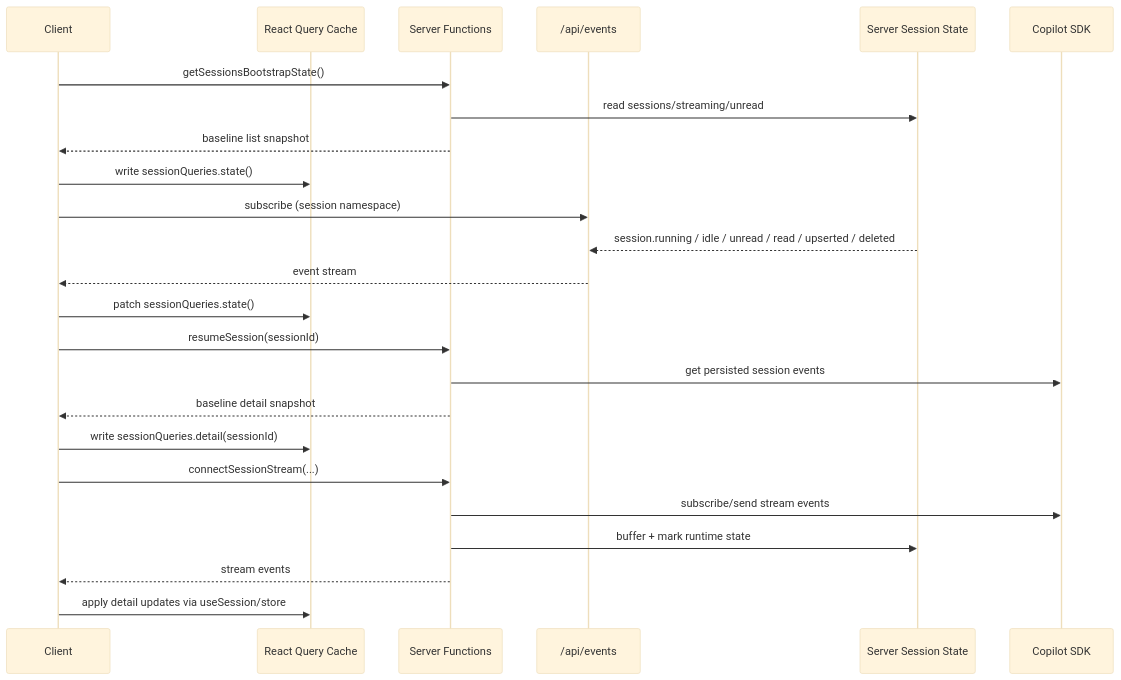
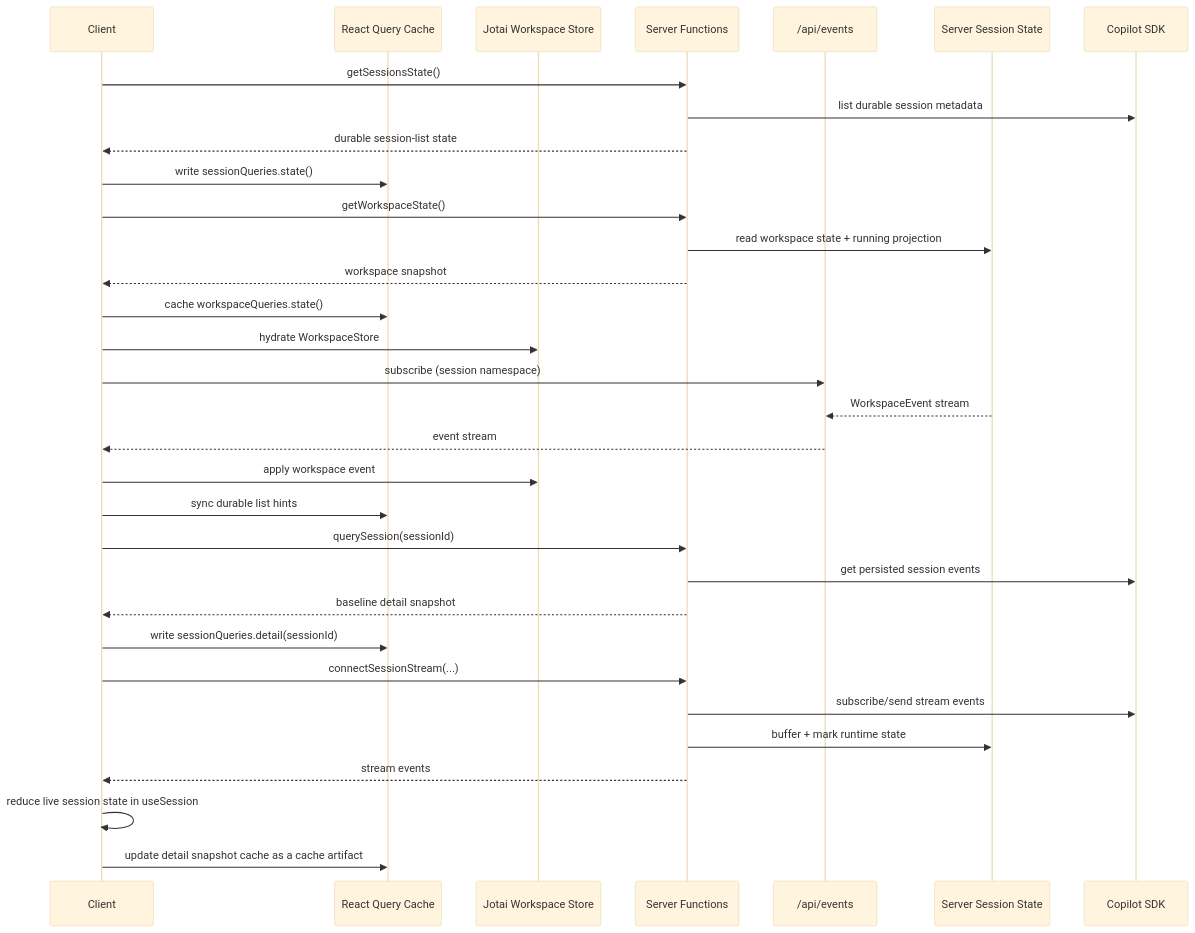
One commit to lostintangent/toy-box changed the third of 3 diagrams in docs/design.md. Above: the diagram before and after it, drawn with Mermaid (base theme). The commit also changed other lines of this file and 209 other files, not shown here.

````diff
--- a/docs/design.md
+++ b/docs/design.md
@@ -277,30 +295,39 @@
 ```mermaid
 sequenceDiagram
     participant C as Client
     participant RQ as React Query Cache
+    participant JA as Jotai Workspace Store
     participant SF as Server Functions
     participant SSE as /api/events
     participant ST as Server Session State
     participant SDK as Copilot SDK
 
-    C->>SF: getSessionsBootstrapState()
-    SF->>ST: read sessions/streaming/unread
-    SF-->>C: baseline list snapshot
+    C->>SF: getSessionsState()
+    SF->>SDK: list durable session metadata
+    SF-->>C: durable session-list state
     C->>RQ: write sessionQueries.state()
 
+    C->>SF: getWorkspaceState()
+    SF->>ST: read workspace state + running projection
+    SF-->>C: workspace snapshot
+    C->>RQ: cache workspaceQueries.state()
+    C->>JA: hydrate WorkspaceStore
+
     C->>SSE: subscribe (session namespace)
-    ST-->>SSE: session.running / idle / unread / read / upserted / deleted
+    ST-->>SSE: WorkspaceEvent stream
     SSE-->>C: event stream
-    C->>RQ: patch sessionQueries.state()
+    C->>JA: apply workspace event
+    C->>RQ: sync durable list hints
 
-    C->>SF: resumeSession(sessionId)
+    C->>SF: querySession(sessionId)
     SF->>SDK: get persisted session events
     SF-->>C: baseline detail snapshot
     C->>RQ: write sessionQueries.detail(sessionId)
 
     C->>SF: connectSessionStream(...)
     SF->>SDK: subscribe/send stream events
     SF->>ST: buffer + mark runtime state
     SF-->>C: stream events
-    C->>RQ: apply detail updates via useSession/store
+    C->>C: reduce live session state in useSession
+    C->>RQ: update detail snapshot cache as a cache artifact
 ```
````
